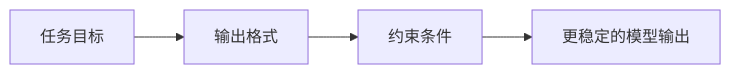
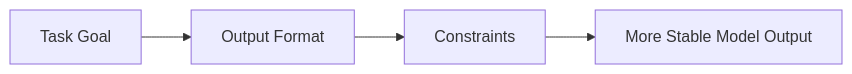
The diagram in docs/ch07-llm-principles/ch05-prompt/01-prompt-basics.md (oudbiao/AI-fullstack-course), drawn with Mermaid before and after one commit. The commit also changed other lines of this file and 1406 other files, not shown here.

````diff
--- a/docs/ch07-llm-principles/ch05-prompt/01-prompt-basics.md
+++ b/docs/ch07-llm-principles/ch05-prompt/01-prompt-basics.md
@@ -55,6 +55,6 @@
 ```mermaid
 flowchart LR
-    A["任务目标"] --> B["输出格式"]
-    B --> C["约束条件"]
-    C --> D["更稳定的模型输出"]
+    A["Task Goal"] --> B["Output Format"]
+    B --> C["Constraints"]
+    C --> D["More Stable Model Output"]
 ```
````
